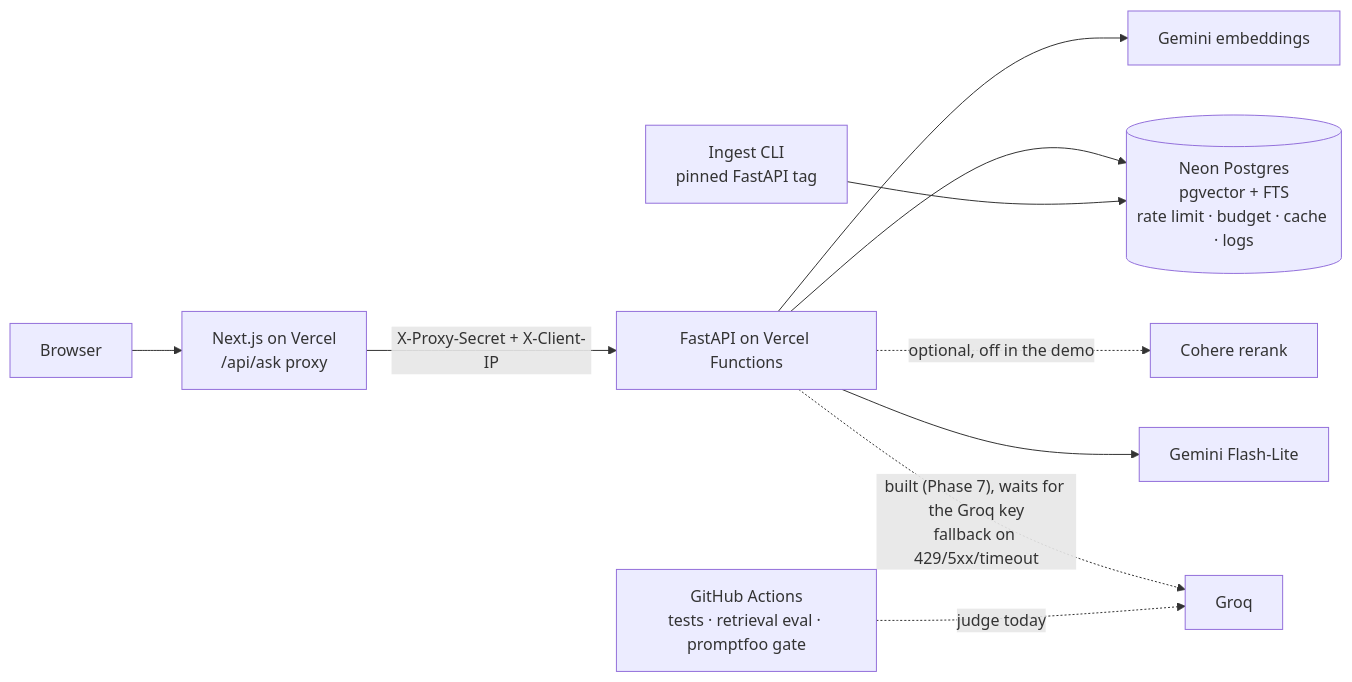
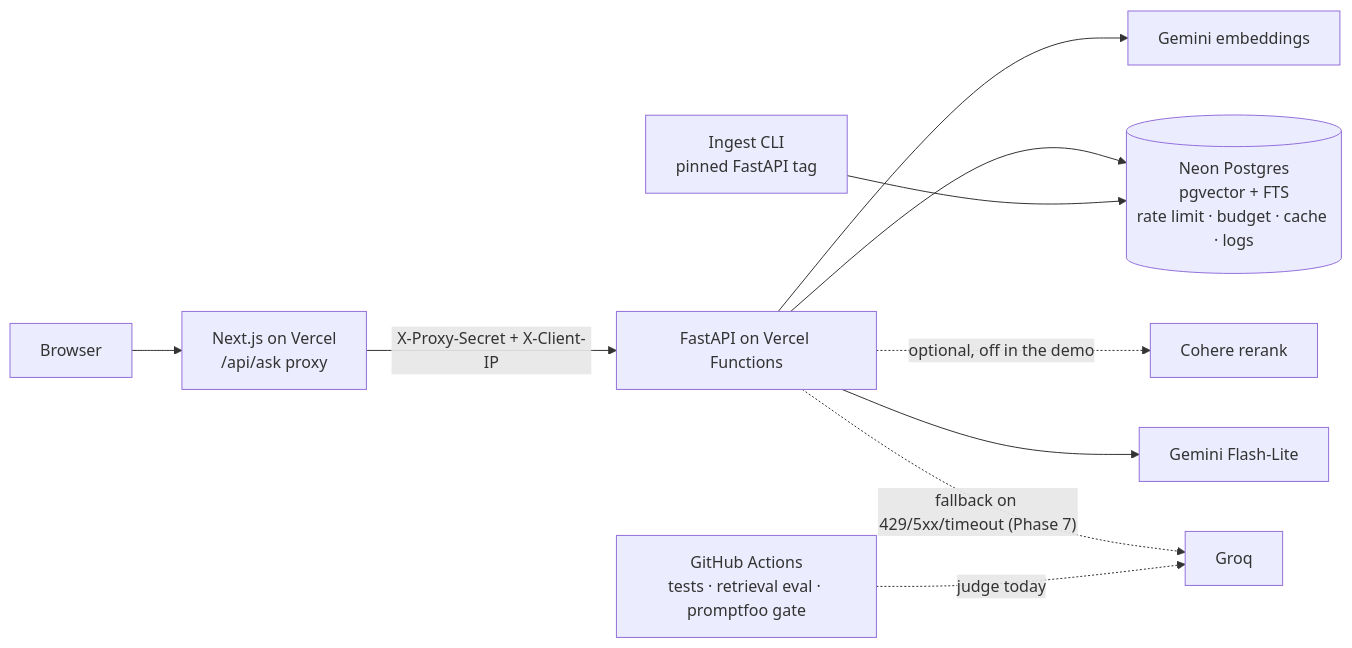
Before and after one commit to Niksa1101/grounded: the diagram in README.md, drawn with Mermaid. The commit also changed other lines of this file and 4 other files, not shown here.

````diff
--- a/README.md
+++ b/README.md
@@ -58,12 +58,12 @@
 ```mermaid
 flowchart LR
     U[Browser] --> FE[Next.js on Vercel<br/>/api/ask proxy]
     FE -- "X-Proxy-Secret + X-Client-IP" --> API[FastAPI on Vercel Functions]
     API --> EMB[Gemini embeddings]
     API --> DB[(Neon Postgres<br/>pgvector + FTS<br/>rate limit · budget · cache · logs)]
     API -. "optional, off in the demo" .-> RR[Cohere rerank]
     API --> LLM[Gemini Flash-Lite]
-    API -. "built (Phase 7), waits for the Groq key<br/>fallback on 429/5xx/timeout" .-> LLM2[Groq]
+    API -. "fallback on 429/5xx/timeout (Phase 7)" .-> LLM2[Groq]
     ING[Ingest CLI<br/>pinned FastAPI tag] --> DB
     CI[GitHub Actions<br/>tests · retrieval eval · promptfoo gate] -. "judge today" .-> LLM2
 ```
````
